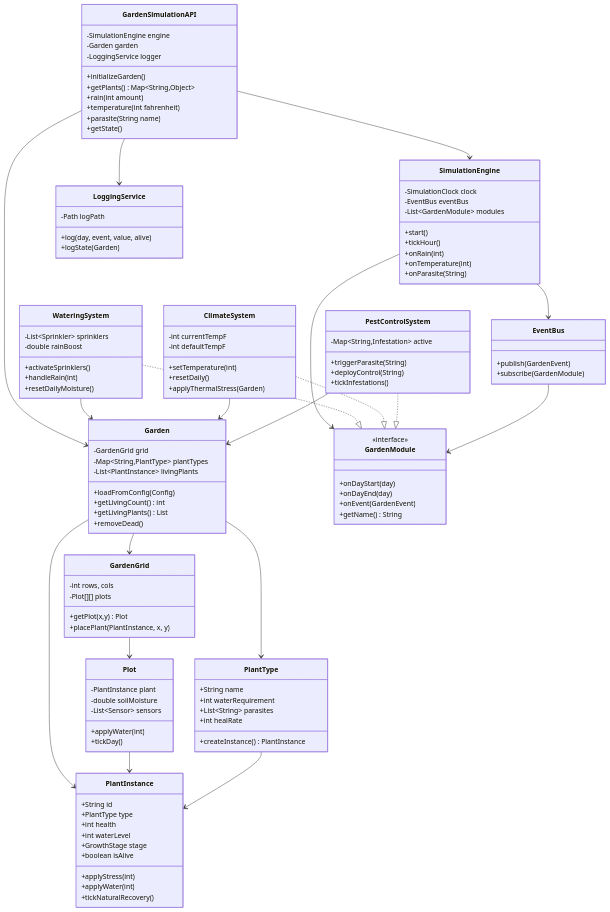
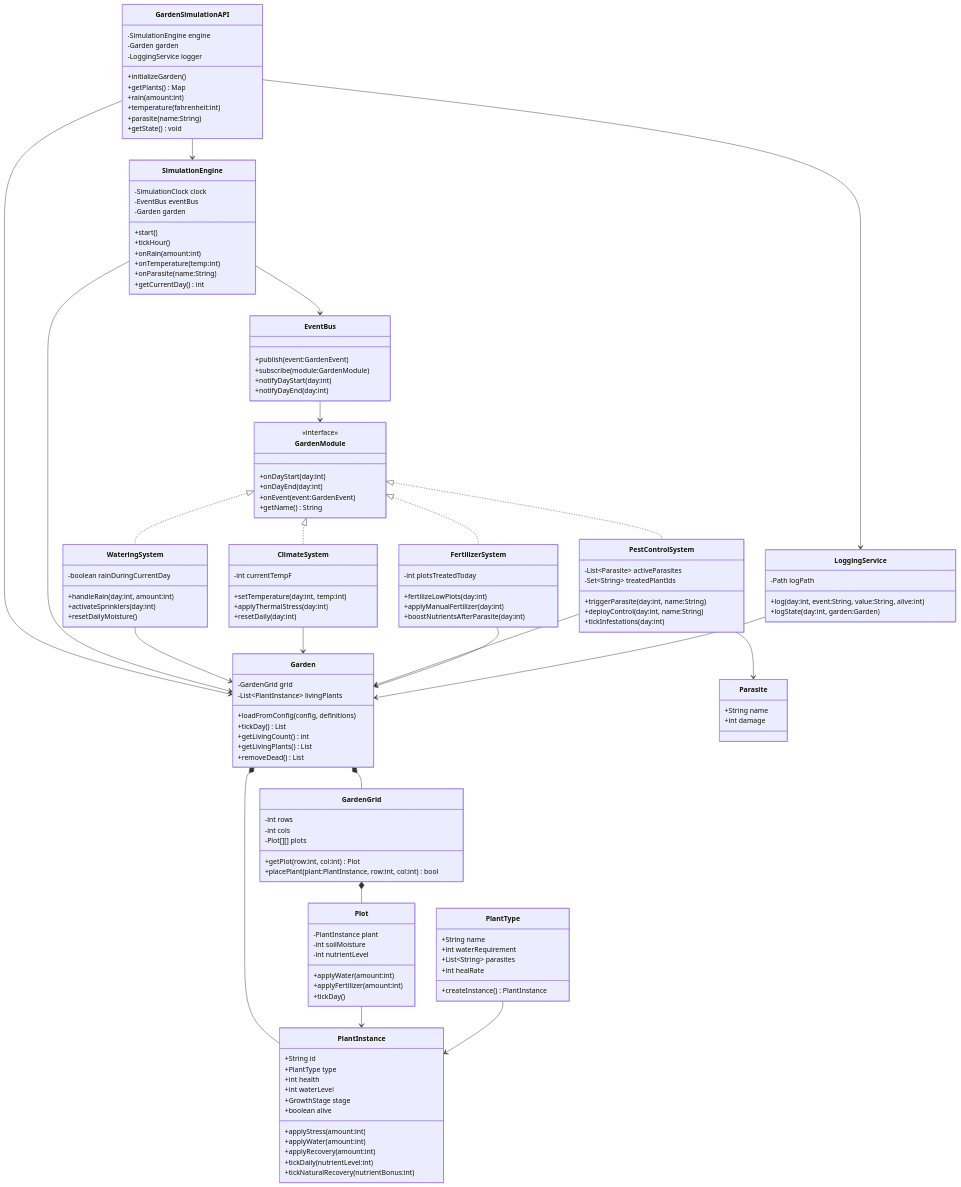
One commit to Calvingo/CSEN275_final_project changed the third of 8 diagrams in docs/02-uml-design.md. Above: the diagram before and after it, drawn with Mermaid. The commit also changed other lines of this file, not shown here.

Commit message:
Update UML design doc to match implementation

````diff
--- a/docs/02-uml-design.md
+++ b/docs/02-uml-design.md
@@ -110,52 +121,103 @@
 ```mermaid
 classDiagram
-    direction TB
-
     class GardenSimulationAPI {
         -SimulationEngine engine
         -Garden garden
         -LoggingService logger
         +initializeGarden()
-        +getPlants() Map~String,Object~
-        +rain(int amount)
-        +temperature(int fahrenheit)
-        +parasite(String name)
-        +getState()
+        +getPlants() Map
+        +rain(amount:int)
+        +temperature(fahrenheit:int)
+        +parasite(name:String)
+        +getState() void
     }
 
     class SimulationEngine {
         -SimulationClock clock
         -EventBus eventBus
-        -List~GardenModule~ modules
+        -Garden garden
         +start()
         +tickHour()
-        +onRain(int)
-        +onTemperature(int)
-        +onParasite(String)
+        +onRain(amount:int)
+        +onTemperature(temp:int)
+        +onParasite(name:String)
+        +getCurrentDay() int
+    }
+
+    class GardenModule {
+        <<interface>>
+        +onDayStart(day:int)
+        +onDayEnd(day:int)
+        +onEvent(event:GardenEvent)
+        +getName() String
+    }
+
+    class WateringSystem {
+        -boolean rainDuringCurrentDay
+        +handleRain(day:int, amount:int)
+        +activateSprinklers(day:int)
+        +resetDailyMoisture()
+    }
+
+    class ClimateSystem {
+        -int currentTempF
+        +setTemperature(day:int, temp:int)
+        +applyThermalStress(day:int)
+        +resetDaily(day:int)
+    }
+
+    class PestControlSystem {
+        -List~Parasite~ activeParasites
+        -Set~String~ treatedPlantIds
+        +triggerParasite(day:int, name:String)
+        +deployControl(day:int, name:String)
+        +tickInfestations(day:int)
+    }
+
+    class FertilizerSystem {
+        -int plotsTreatedToday
+        +fertilizeLowPlots(day:int)
+        +applyManualFertilizer(day:int)
+        +boostNutrientsAfterParasite(day:int)
+    }
+
+    class EventBus {
+        +publish(event:GardenEvent)
+        +subscribe(module:GardenModule)
+        +notifyDayStart(day:int)
+        +notifyDayEnd(day:int)
+    }
+
+    class LoggingService {
+        -Path logPath
+        +log(day:int, event:String, value:String, alive:int)
+        +logState(day:int, garden:Garden)
     }
 
     class Garden {
         -GardenGrid grid
-        -Map~String,PlantType~ plantTypes
         -List~PlantInstance~ livingPlants
-        +loadFromConfig(Config)
+        +loadFromConfig(config, definitions)
+        +tickDay() List
         +getLivingCount() int
         +getLivingPlants() List
-        +removeDead()
+        +removeDead() List
     }
 
     class GardenGrid {
-        -int rows, cols
+        -int rows
+        -int cols
         -Plot[][] plots
-        +getPlot(x,y) Plot
-        +placePlant(PlantInstance, x, y)
+        +getPlot(row:int, col:int) Plot
+        +placePlant(plant:PlantInstance, row:int, col:int) bool
     }
 
     class Plot {
         -PlantInstance plant
-        -double soilMoisture
-        -List~Sensor~ sensors
-        +applyWater(int)
+        -int soilMoisture
+        -int nutrientLevel
+        +applyWater(amount:int)
+        +applyFertilizer(amount:int)
         +tickDay()
     }
 
@@ -173,70 +235,43 @@
         +int health
         +int waterLevel
         +GrowthStage stage
-        +boolean isAlive
-        +applyStress(int)
-        +applyWater(int)
-        +tickNaturalRecovery()
+        +boolean alive
+        +applyStress(amount:int)
+        +applyWater(amount:int)
+        +applyRecovery(amount:int)
+        +tickDaily(nutrientLevel:int)
+        +tickNaturalRecovery(nutrientBonus:int)
     }
 
-    class GardenModule {
-        <<interface>>
-        +onDayStart(day)
-        +onDayEnd(day)
-        +onEvent(GardenEvent)
-        +getName() String
-    }
-
-    class WateringSystem {
-        -List~Sprinkler~ sprinklers
-        -double rainBoost
-        +activateSprinklers()
-        +handleRain(int)
-        +resetDailyMoisture()
-    }
-
-    class ClimateSystem {
-        -int currentTempF
-        -int defaultTempF
-        +setTemperature(int)
-        +resetDaily()
-        +applyThermalStress(Garden)
-    }
-
-    class PestControlSystem {
-        -Map~String,Infestation~ active
-        +triggerParasite(String)
-        +deployControl(String)
-        +tickInfestations()
-    }
-
-    class LoggingService {
-        -Path logPath
-        +log(day, event, value, alive)
-        +logState(Garden)
-    }
-
-    class EventBus {
-        +publish(GardenEvent)
-        +subscribe(GardenModule)
+    class Parasite {
+        +String name
+        +int damage
     }
 
     GardenSimulationAPI --> SimulationEngine
     GardenSimulationAPI --> Garden
     GardenSimulationAPI --> LoggingService
+
     SimulationEngine --> EventBus
-    SimulationEngine --> GardenModule
-    Garden --> GardenGrid
-    Garden --> PlantType
-    Garden --> PlantInstance
-    GardenGrid --> Plot
-    Plot --> PlantInstance
-    PlantType --> PlantInstance
-    WateringSystem ..|> GardenModule
-    ClimateSystem ..|> GardenModule
-    PestControlSystem ..|> GardenModule
+    SimulationEngine --> Garden
+
+    GardenModule <|.. WateringSystem
+    GardenModule <|.. ClimateSystem
+    GardenModule <|.. PestControlSystem
+    GardenModule <|.. FertilizerSystem
+
     WateringSystem --> Garden
     ClimateSystem --> Garden
     PestControlSystem --> Garden
+    FertilizerSystem --> Garden
+    PestControlSystem --> Parasite
+
     EventBus --> GardenModule
+    LoggingService --> Garden
+
+    Garden *-- GardenGrid
+    Garden *-- PlantInstance
+    GardenGrid *-- Plot
+    Plot --> PlantInstance
+    PlantType --> PlantInstance
 ```
````
